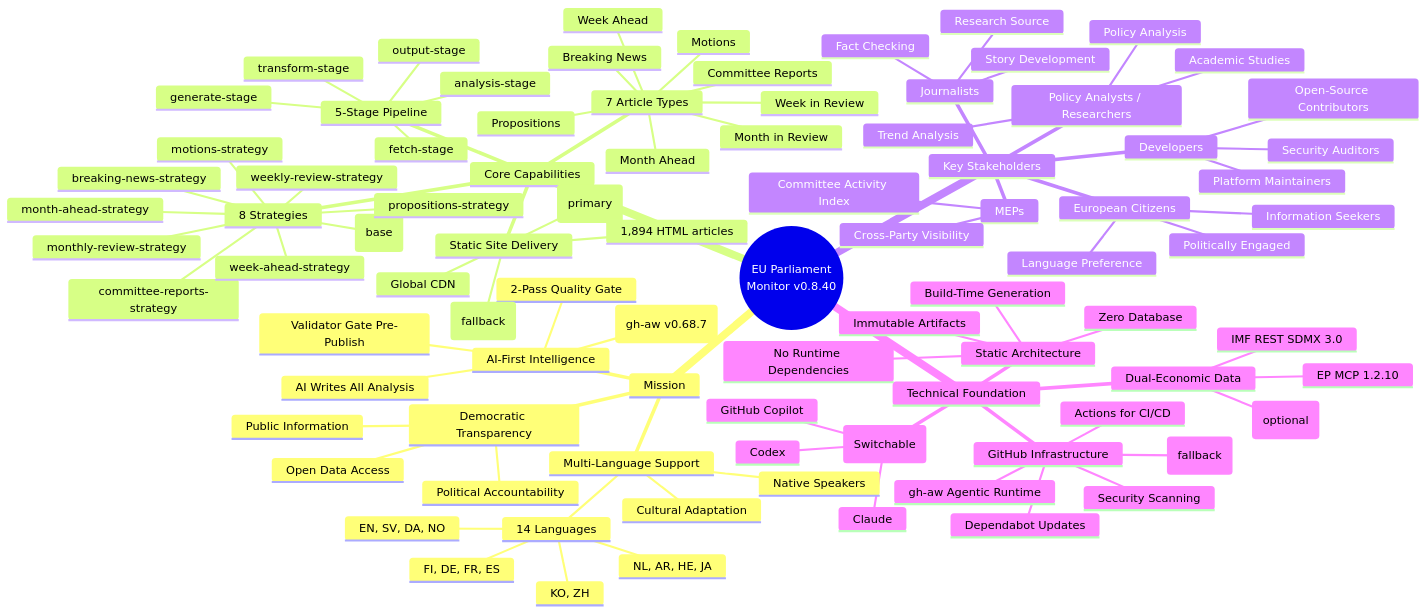
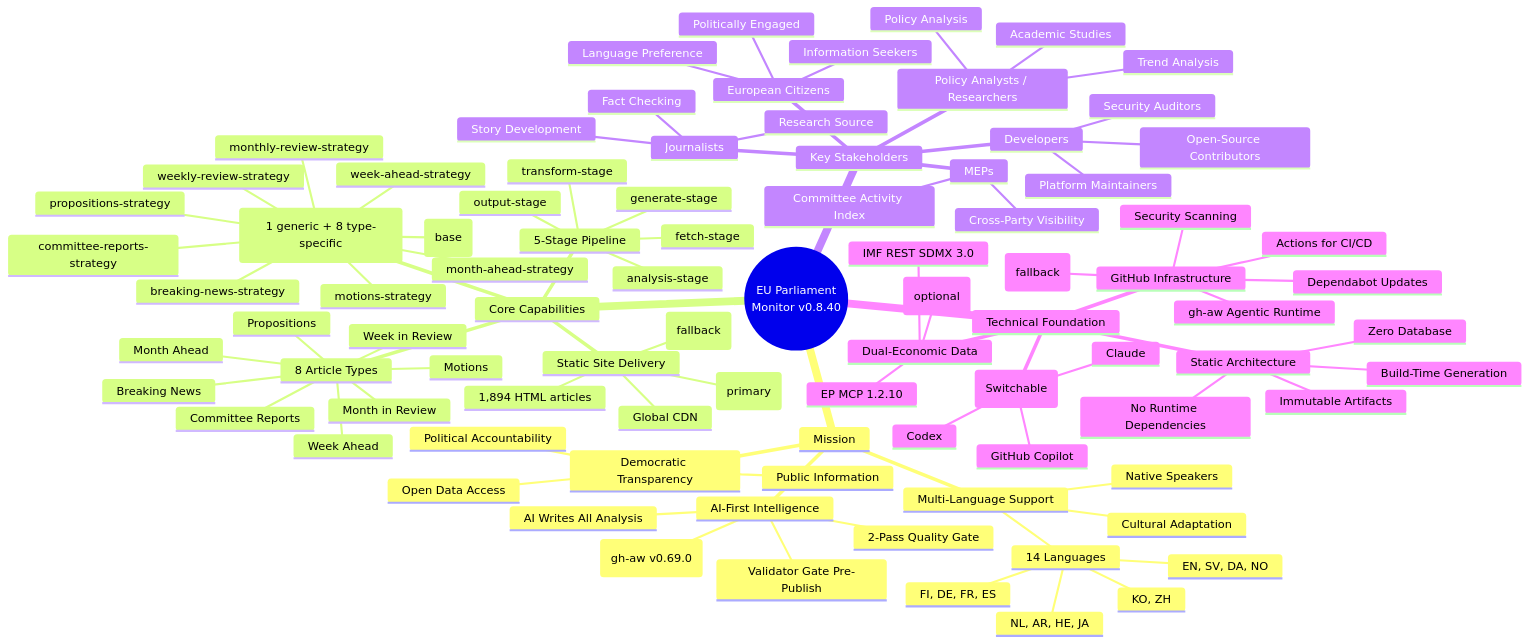
One commit to Hack23/euparliamentmonitor changed the first of 12 diagrams in MINDMAP.md. Above: the diagram before and after it, drawn with Mermaid. The commit also changed other lines of this file and 12 other files, not shown here.

First line of the commit message:
docs: address PR reviewer feedback — version pins, article-type counts, validator paths, CSP, drift guards

```diff
--- a/MINDMAP.md
+++ b/MINDMAP.md
@@ -128,12 +128,12 @@
         Cultural Adaptation
       AI-First Intelligence
         2-Pass Quality Gate
-        Agentic Workflows (gh-aw v0.68.7)
+        Agentic Workflows (gh-aw v0.69.0)
         AI Writes All Analysis
         Validator Gate Pre-Publish
 
     Core Capabilities
-      7 Article Types
+      8 Article Types
         Breaking News
         Week Ahead
         Week in Review
@@ -142,7 +142,7 @@
         Committee Reports
         Motions
         Propositions
-      8 Strategies
+      9 Strategies (1 generic + 8 type-specific)
         article-strategy (base)
         breaking-news-strategy
         committee-reports-strategy
```
